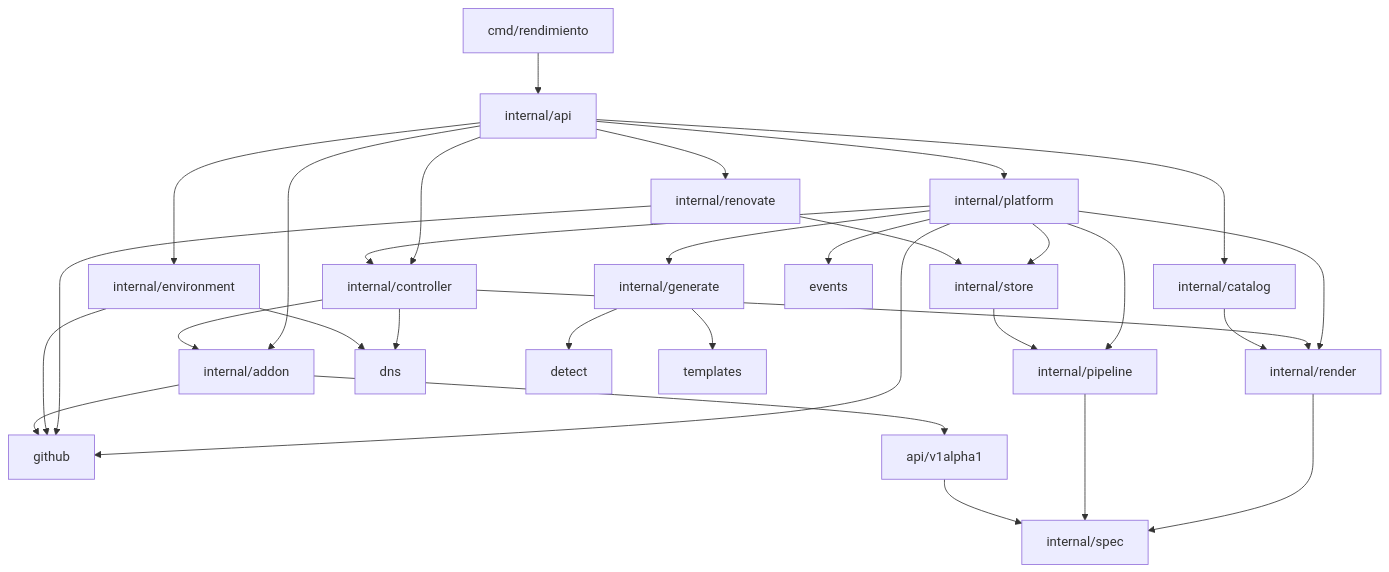
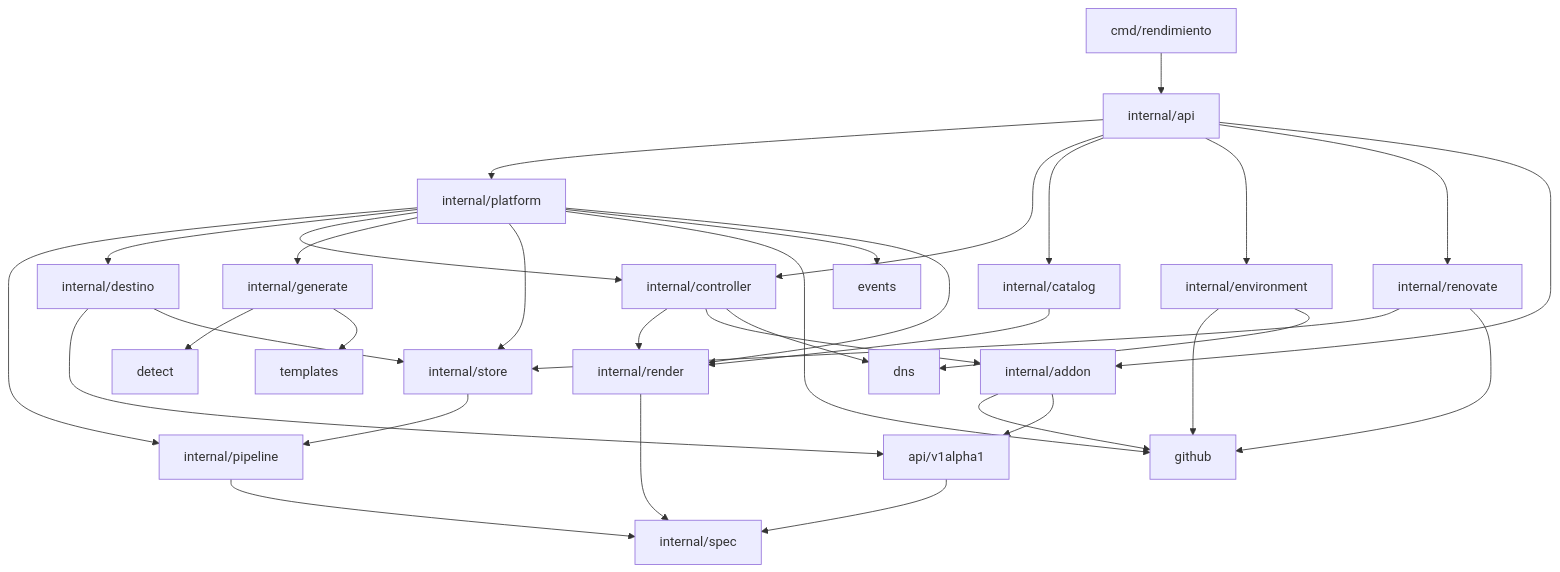
Before and after one commit to p0dxD/rendimiento.ai: the second of 2 diagrams in docs/content/architecture/overview.es.md, drawn with Mermaid. The commit also changed other lines of this file and 6 other files, not shown here.

````diff
--- a/docs/content/architecture/overview.es.md
+++ b/docs/content/architecture/overview.es.md
@@ -93,16 +93,17 @@
 ```mermaid
 flowchart TB
     cmd[cmd/rendimiento] --> api
     api[internal/api] --> platform & controller & catalog & environment & renovate & addon
-    platform[internal/platform] --> pipeline & controller & generate & store & github & events & render
+    platform[internal/platform] --> pipeline & destino & controller & generate & store & github & events & render
+    destino[internal/destino] --> crd & store
     controller[internal/controller] --> render & addon & dns
     renovate[internal/renovate] --> store & github
     catalog[internal/catalog] --> render
     environment[internal/environment] --> github & dns
     generate[internal/generate] --> detect & templates[templates]
     store[internal/store] --> pipeline
     addon[internal/addon] --> github & crd
     render[internal/render] --> spec
     pipeline[internal/pipeline] --> spec
     crd[api/v1alpha1] --> spec[internal/spec]
 ```
````
